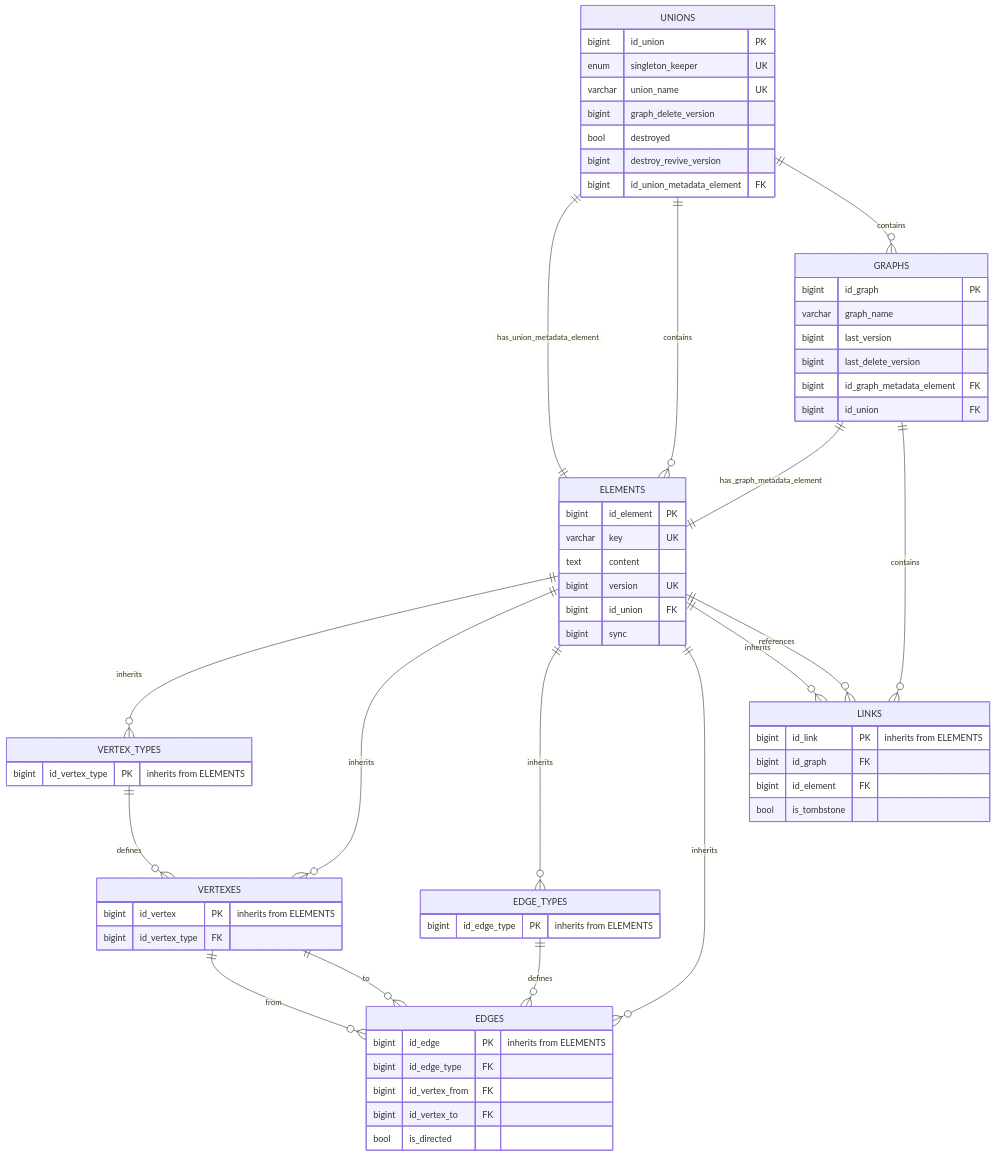
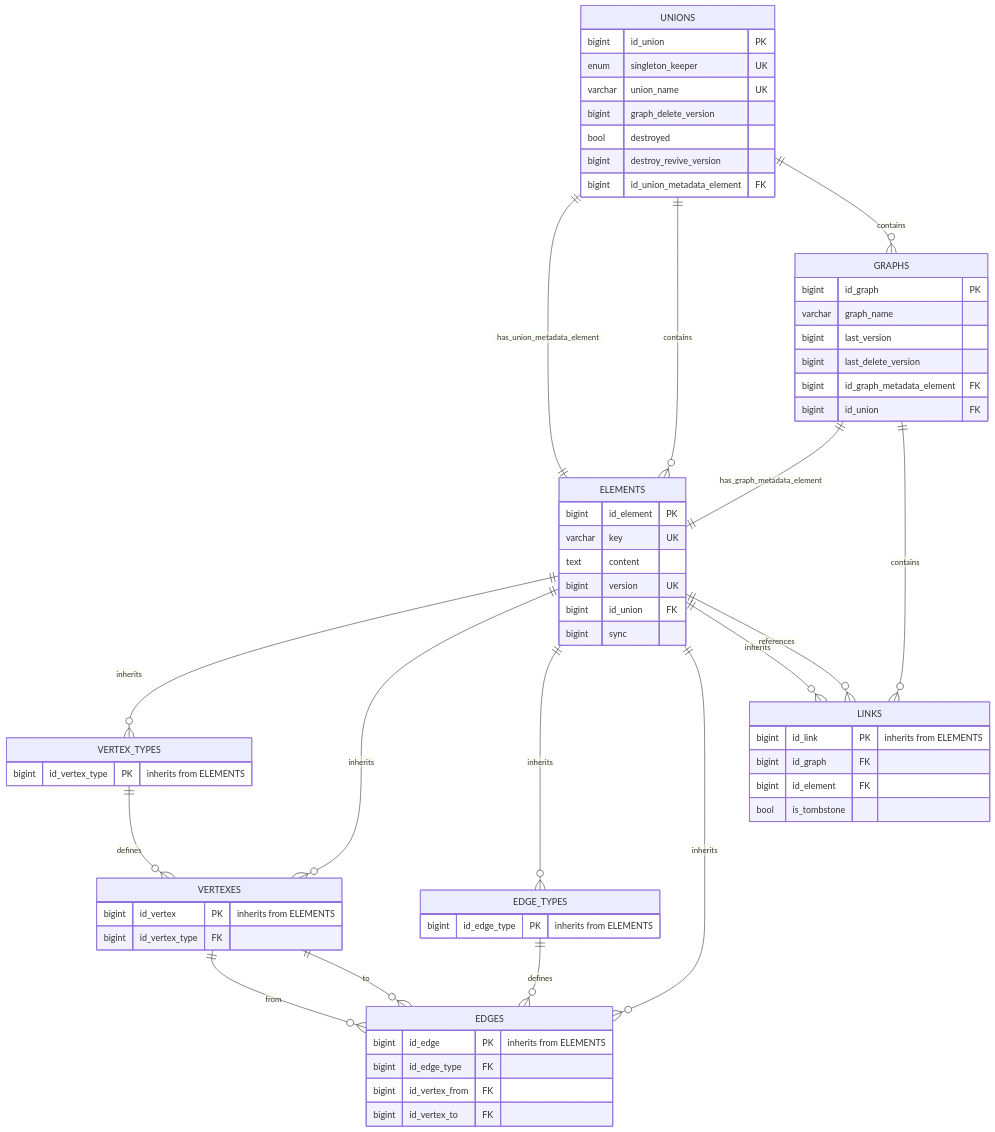
The diagram in ViUn source DB (legacy).md (flower-org/ViUn), drawn with Mermaid before and after one commit.

Commit message:
Update ViUn source DB (legacy).md

````diff
--- a/ViUn source DB (legacy).md
+++ b/ViUn source DB (legacy).md
@@ -5,73 +5,72 @@
 ```mermaid
 erDiagram
     UNIONS ||--|| ELEMENTS : "has_union_metadata_element"
     UNIONS ||--o{ ELEMENTS : contains
     UNIONS ||--o{ GRAPHS : contains
     UNIONS {
         bigint id_union PK
         enum singleton_keeper UK
         varchar union_name UK
         bigint graph_delete_version
         bool destroyed
         bigint destroy_revive_version
         bigint id_union_metadata_element FK
     }
 
     ELEMENTS ||--o{ VERTEX_TYPES : "inherits"
     ELEMENTS ||--o{ VERTEXES : "inherits"
     ELEMENTS ||--o{ EDGE_TYPES : "inherits"
     ELEMENTS ||--o{ EDGES : "inherits"
     ELEMENTS ||--o{ LINKS : "inherits"
     ELEMENTS ||--o{ LINKS : references
     ELEMENTS {
         bigint id_element PK
         varchar key UK
         text content
         bigint version UK
         bigint id_union FK
         bigint sync
     }
 
     VERTEX_TYPES ||--o{ VERTEXES : "defines"
     VERTEX_TYPES {
         bigint id_vertex_type PK "inherits from ELEMENTS"
     }
 
     VERTEXES ||--o{ EDGES : "from"
     VERTEXES ||--o{ EDGES : "to"
     VERTEXES {
         bigint id_vertex PK "inherits from ELEMENTS"
         bigint id_vertex_type FK
     }
 
     EDGE_TYPES {
         bigint id_edge_type PK "inherits from ELEMENTS"
     }
 
     EDGE_TYPES ||--o{ EDGES : "defines"
     EDGES {
         bigint id_edge PK "inherits from ELEMENTS"
         bigint id_edge_type FK
         bigint id_vertex_from FK
         bigint id_vertex_to FK
-        bool is_directed
     }
 
     GRAPHS ||--|| ELEMENTS : "has_graph_metadata_element"
     GRAPHS ||--o{ LINKS : contains
     GRAPHS {
         bigint id_graph PK
         varchar graph_name
         bigint last_version
         bigint last_delete_version
         bigint id_graph_metadata_element FK
         bigint id_union FK
     }
 
     LINKS {
         bigint id_link PK "inherits from ELEMENTS"
         bigint id_graph FK
         bigint id_element FK
         bool is_tombstone
     }
 ```
````
